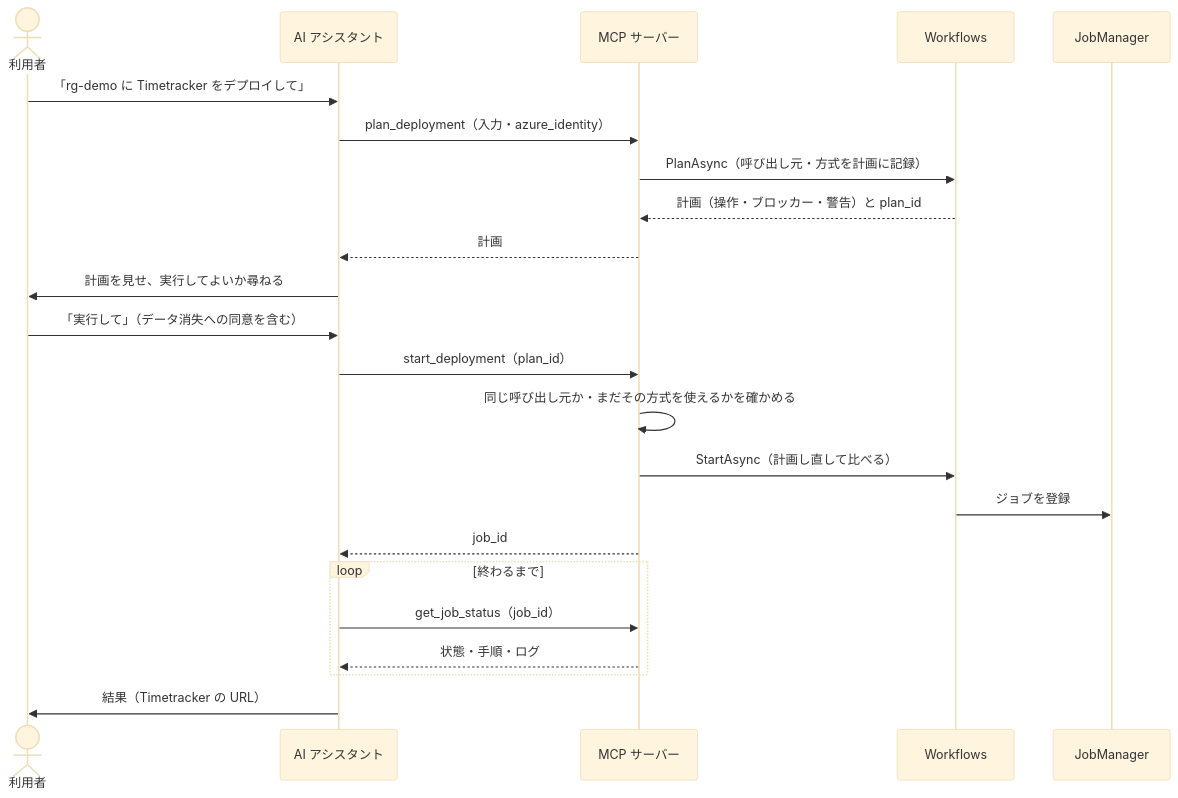
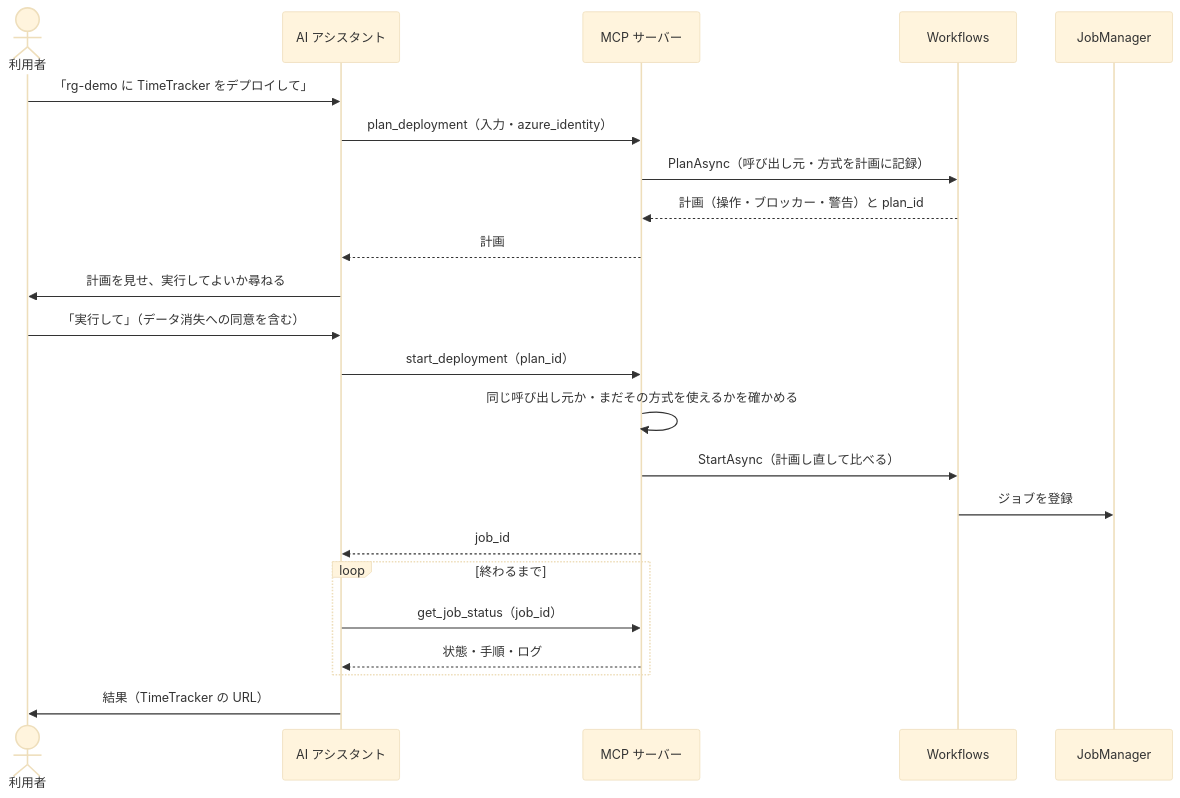
One commit to yamadakou/timetracker-deployment-tool changed the second of 3 diagrams in docs/design/mcp/README.md. Above: the diagram before and after it, drawn with Mermaid (base theme). The commit also changed other lines of this file and 79 other files, not shown here.

First line of the commit message:
Write the product name as TimeTracker in messages, logs, tool descriptions and documents

````diff
--- a/docs/design/mcp/README.md
+++ b/docs/design/mcp/README.md
@@ -68,25 +68,25 @@
 ```mermaid
 sequenceDiagram
   actor U as 利用者
   participant A as AI アシスタント
   participant M as MCP サーバー
   participant WF as Workflows
   participant J as JobManager
-  U->>A: 「rg-demo に Timetracker をデプロイして」
+  U->>A: 「rg-demo に TimeTracker をデプロイして」
   A->>M: plan_deployment（入力・azure_identity）
   M->>WF: PlanAsync（呼び出し元・方式を計画に記録）
   WF-->>M: 計画（操作・ブロッカー・警告）と plan_id
   M-->>A: 計画
   A->>U: 計画を見せ、実行してよいか尋ねる
   U->>A: 「実行して」（データ消失への同意を含む）
   A->>M: start_deployment（plan_id）
   M->>M: 同じ呼び出し元か・まだその方式を使えるかを確かめる
   M->>WF: StartAsync（計画し直して比べる）
   WF->>J: ジョブを登録
   M-->>A: job_id
   loop 終わるまで
     A->>M: get_job_status（job_id）
     M-->>A: 状態・手順・ログ
   end
-  A->>U: 結果（Timetracker の URL）
+  A->>U: 結果（TimeTracker の URL）
 ```
````
